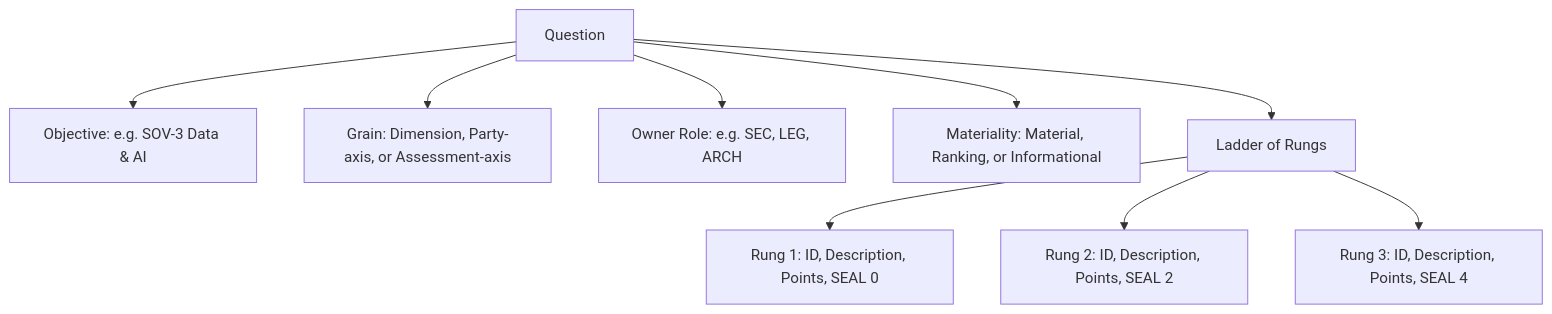
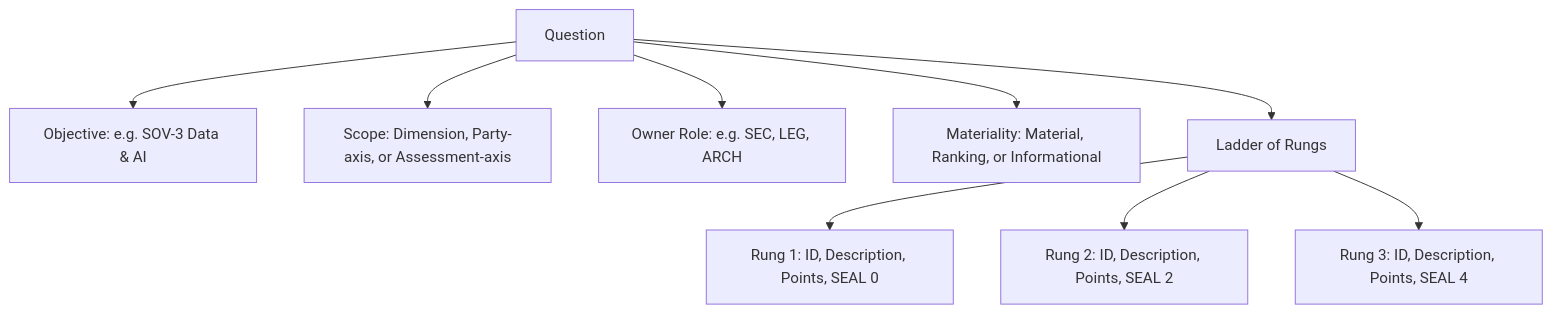
Before and after one commit to SUSE/csf-self-assessment: the diagram in docs/authoring.md, drawn with Mermaid. The commit also changed other lines of this file and 143 other files, not shown here.

````diff
--- a/docs/authoring.md
+++ b/docs/authoring.md
@@ -15,11 +15,11 @@
 ```mermaid
 graph TD
     Question --> Objective[Objective: e.g. SOV-3 Data & AI]
-    Question --> Grain[Grain: Dimension, Party-axis, or Assessment-axis]
+    Question --> Scope[Scope: Dimension, Party-axis, or Assessment-axis]
     Question --> Role[Owner Role: e.g. SEC, LEG, ARCH]
     Question --> Materiality[Materiality: Material, Ranking, or Informational]
     Question --> Ladder[Ladder of Rungs]
     Ladder --> Rung1[Rung 1: ID, Description, Points, SEAL 0]
     Ladder --> Rung2[Rung 2: ID, Description, Points, SEAL 2]
     Ladder --> Rung3[Rung 3: ID, Description, Points, SEAL 4]
 ```
````
